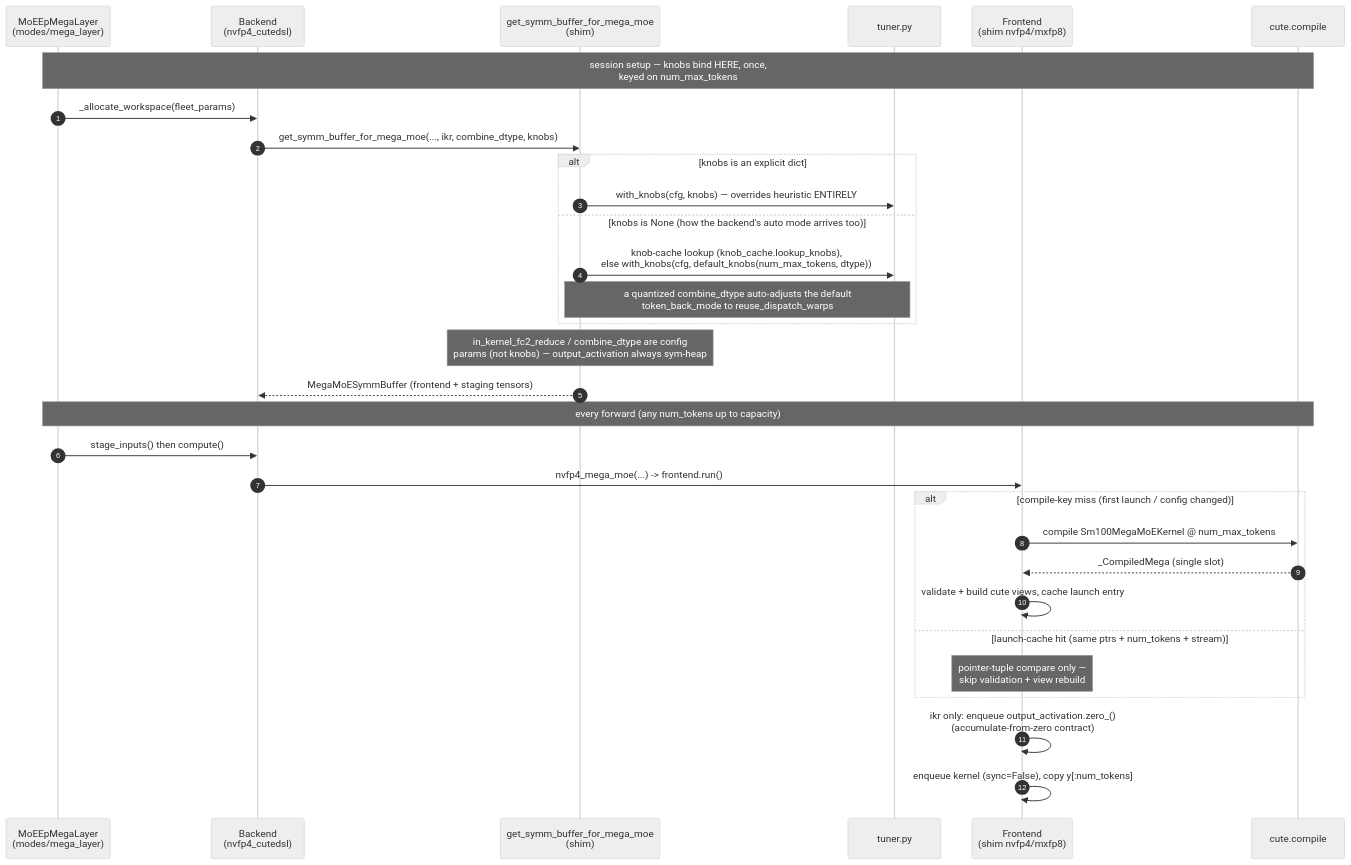
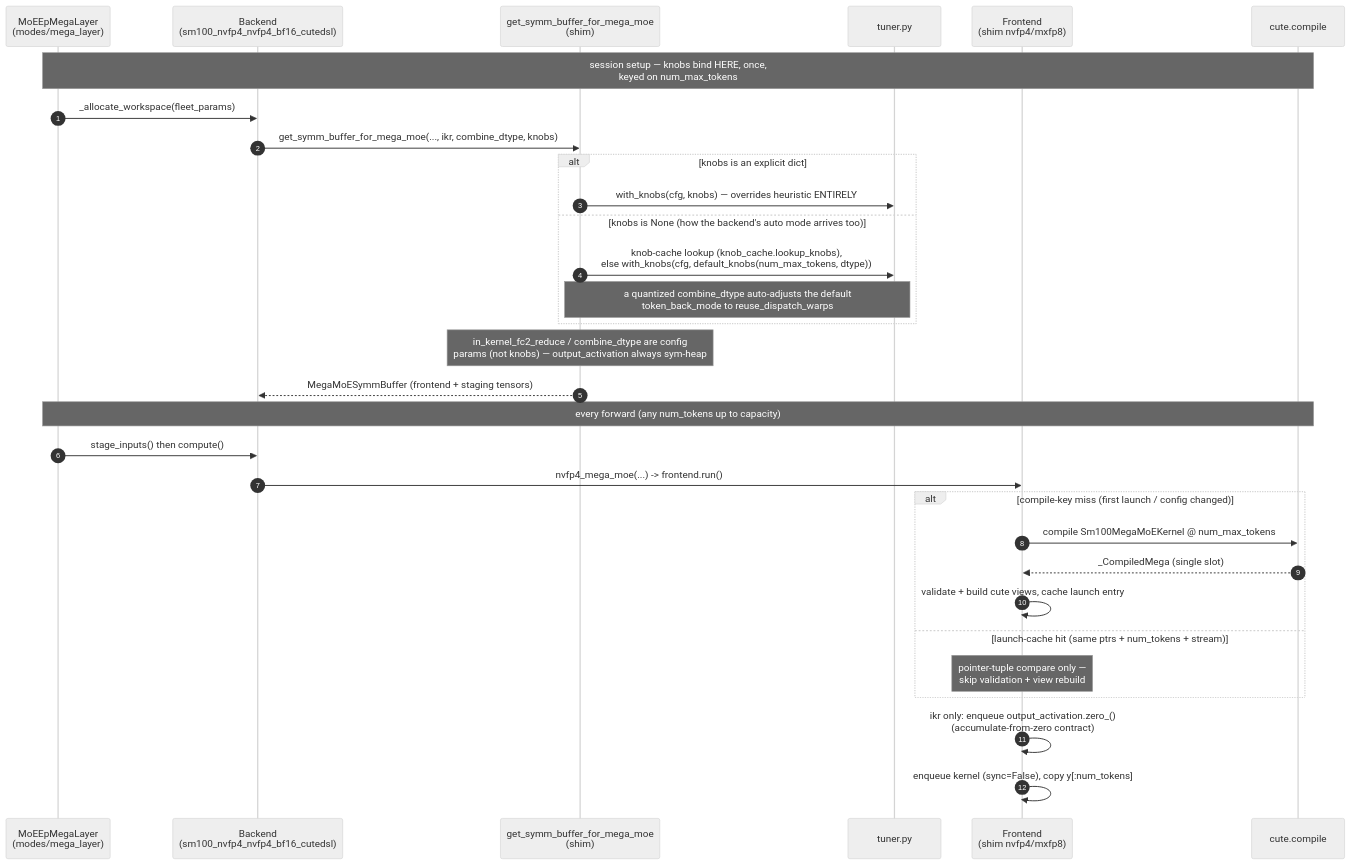
One commit to flashinfer-ai/flashinfer changed the first of 2 diagrams in flashinfer/moe_ep/kernel_src/cutedsl_megamoe/TUNING.md. Above: the diagram before and after it, drawn with Mermaid (neutral theme). The commit also changed other lines of this file and 39 other files, not shown here.

````diff
--- a/flashinfer/moe_ep/kernel_src/cutedsl_megamoe/TUNING.md
+++ b/flashinfer/moe_ep/kernel_src/cutedsl_megamoe/TUNING.md
@@ -382,35 +382,35 @@
 ```mermaid
 sequenceDiagram
     autonumber
     participant L as MoEEpMegaLayer<br/>(modes/mega_layer)
-    participant B as Backend<br/>(nvfp4_cutedsl)
+    participant B as Backend<br/>(sm100_nvfp4_nvfp4_bf16_cutedsl)
     participant S as get_symm_buffer_for_mega_moe<br/>(shim)
     participant T as tuner.py
     participant F as Frontend<br/>(shim nvfp4/mxfp8)
     participant C as cute.compile
 
     Note over L,C: session setup — knobs bind HERE, once,<br/>keyed on num_max_tokens
     L->>B: _allocate_workspace(fleet_params)
     B->>S: get_symm_buffer_for_mega_moe(..., ikr, combine_dtype, knobs)
     alt knobs is an explicit dict
         S->>T: with_knobs(cfg, knobs) — overrides heuristic ENTIRELY
     else knobs is None (how the backend's auto mode arrives too)
         S->>T: knob-cache lookup (knob_cache.lookup_knobs),<br/>else with_knobs(cfg, default_knobs(num_max_tokens, dtype))
         Note over S,T: a quantized combine_dtype auto-adjusts the default<br/>token_back_mode to reuse_dispatch_warps
     end
     Note over S: in_kernel_fc2_reduce / combine_dtype are config<br/>params (not knobs) — output_activation always sym-heap
     S-->>B: MegaMoESymmBuffer (frontend + staging tensors)
 
     Note over L,C: every forward (any num_tokens up to capacity)
     L->>B: stage_inputs() then compute()
     B->>F: nvfp4_mega_moe(...) -> frontend.run()
     alt compile-key miss (first launch / config changed)
         F->>C: compile Sm100MegaMoEKernel @ num_max_tokens
         C-->>F: _CompiledMega (single slot)
         F->>F: validate + build cute views, cache launch entry
     else launch-cache hit (same ptrs + num_tokens + stream)
         Note over F: pointer-tuple compare only —<br/>skip validation + view rebuild
     end
     F->>F: ikr only: enqueue output_activation.zero_()<br/>(accumulate-from-zero contract)
     F->>F: enqueue kernel (sync=False), copy y[:num_tokens]
 ```
````
